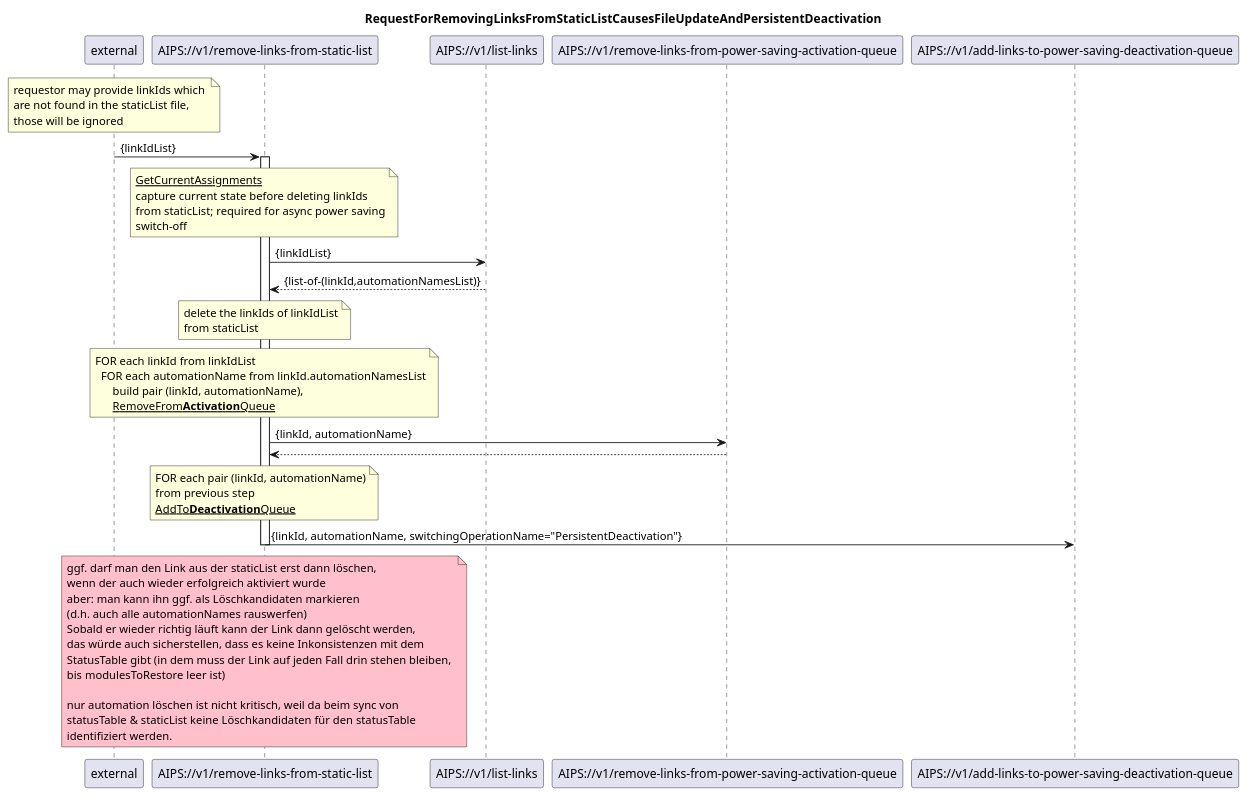
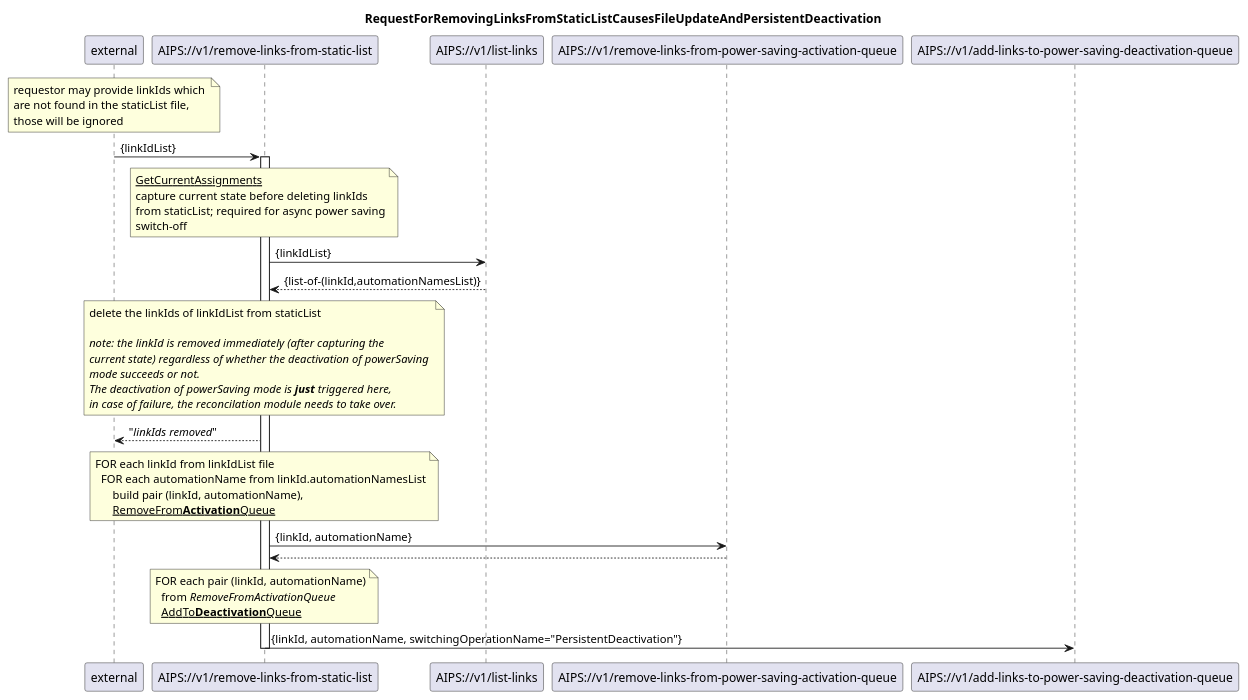
The diagram in diagrams/01 Automation management/102_removeLinksFromStaticList.plantuml (kmohr-soprasteria/AIPS_wip), drawn with PlantUML before and after one commit. The commit also changed 13 other files, not shown here.

Commit message:
modul 01 diagrams

```diff
--- a/diagrams/01 Automation management/102_removeLinksFromStaticList.plantuml
+++ b/diagrams/01 Automation management/102_removeLinksFromStaticList.plantuml
@@ -1,75 +1,65 @@
 @startuml 102_removeLinksFromStaticList
 skinparam responseMessageBelowArrow true
 
 title
 RequestForRemovingLinksFromStaticListCausesFileUpdateAndPersistentDeactivation
 end title
 
 participant "external" as requestor
 participant "AIPS://v1/remove-links-from-static-list" as removeLinks
 participant "AIPS://v1/list-links" as listLinks
 participant "AIPS://v1/remove-links-from-power-saving-activation-queue" as stopSimpleActivation
 participant "AIPS://v1/add-links-to-power-saving-deactivation-queue" as startPersistentDeactivation
 
 note over requestor
   requestor may provide linkIds which 
   are not found in the staticList file,
   those will be ignored
 end note
 
 requestor -> removeLinks: {linkIdList}
 activate removeLinks
 
 'get current assignments from staticList
 note over removeLinks
   <u>GetCurrentAssignments</u>
   capture current state before deleting linkIds
   from staticList; required for async power saving
   switch-off
 end note
 removeLinks -> listLinks: {linkIdList}
 listLinks --> removeLinks: {list-of-(linkId,automationNamesList)}
 
 'update staticList by deleting the linkIdList links
 note over removeLinks
-  delete the linkIds of linkIdList
-  from staticList
+  delete the linkIds of linkIdList from staticList
+
+  <i>note: the linkId is removed immediately (after capturing the </i>
+  <i>current state) regardless of whether the deactivation of powerSaving </i>
+  <i>mode succeeds or not. </i>
+  <i>The deactivation of powerSaving mode is <b>just</b> triggered here, </i>
+  <i>in case of failure, the reconcilation module needs to take over. </i>
 end note
+removeLinks --> requestor: "<i>linkIds removed</i>"
 
 'stop ongoing/planned power saving
 note over removeLinks
-  FOR each linkId from linkIdList
+  FOR each linkId from linkIdList file
     FOR each automationName from linkId.automationNamesList
         build pair (linkId, automationName),
         <u>RemoveFrom<b>Activation</b>Queue</u>
 end note
 removeLinks -> stopSimpleActivation: {linkId, automationName}
 stopSimpleActivation --> removeLinks
 
 'initiate persistentDeactivation to turn power saving off
 note over removeLinks
   FOR each pair (linkId, automationName)
-  from previous step
-  <u>AddTo<b>Deactivation</b>Queue</u>
+    from <i>RemoveFromActivationQueue</i>
+    <u>AddTo<b>Deactivation</b>Queue</u>
 end note
 removeLinks -> startPersistentDeactivation: {linkId, automationName, switchingOperationName="PersistentDeactivation"}
-
-
-note over removeLinks #pink
-  ggf. darf man den Link aus der staticList erst dann löschen,
-  wenn der auch wieder erfolgreich aktiviert wurde
-  aber: man kann ihn ggf. als Löschkandidaten markieren
-  (d.h. auch alle automationNames rauswerfen)
-  Sobald er wieder richtig läuft kann der Link dann gelöscht werden, 
-  das würde auch sicherstellen, dass es keine Inkonsistenzen mit dem 
-  StatusTable gibt (in dem muss der Link auf jeden Fall drin stehen bleiben, 
-  bis modulesToRestore leer ist)
-
-  nur automation löschen ist nicht kritisch, weil da beim sync von
-  statusTable & staticList keine Löschkandidaten für den statusTable
-  identifiziert werden.
-end note
 
 deactivate removeLinks
 
 @enduml
```
